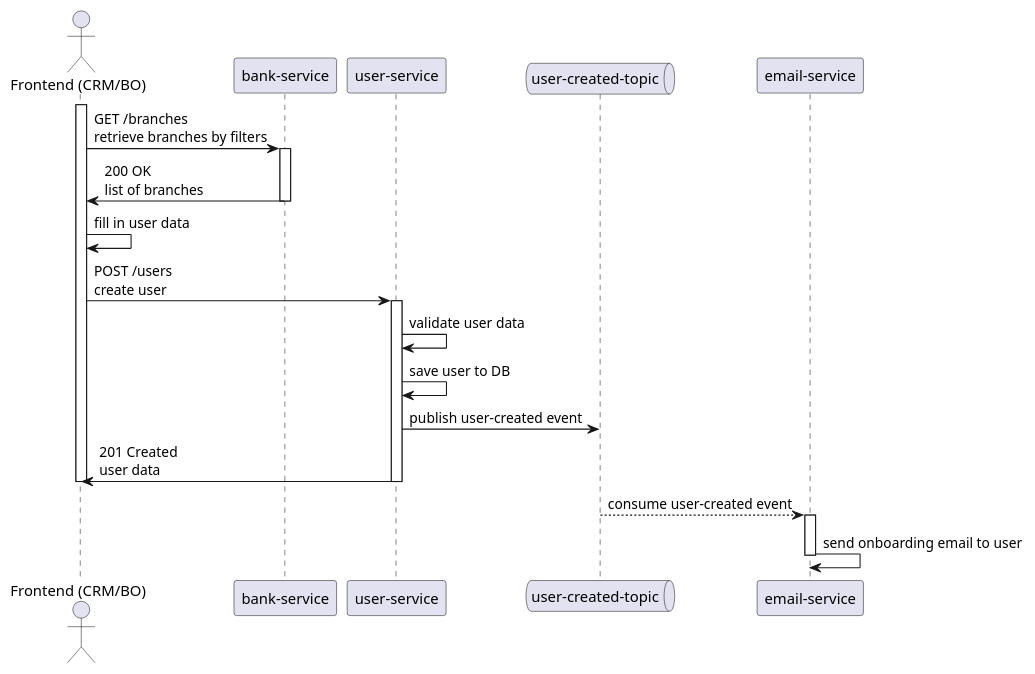
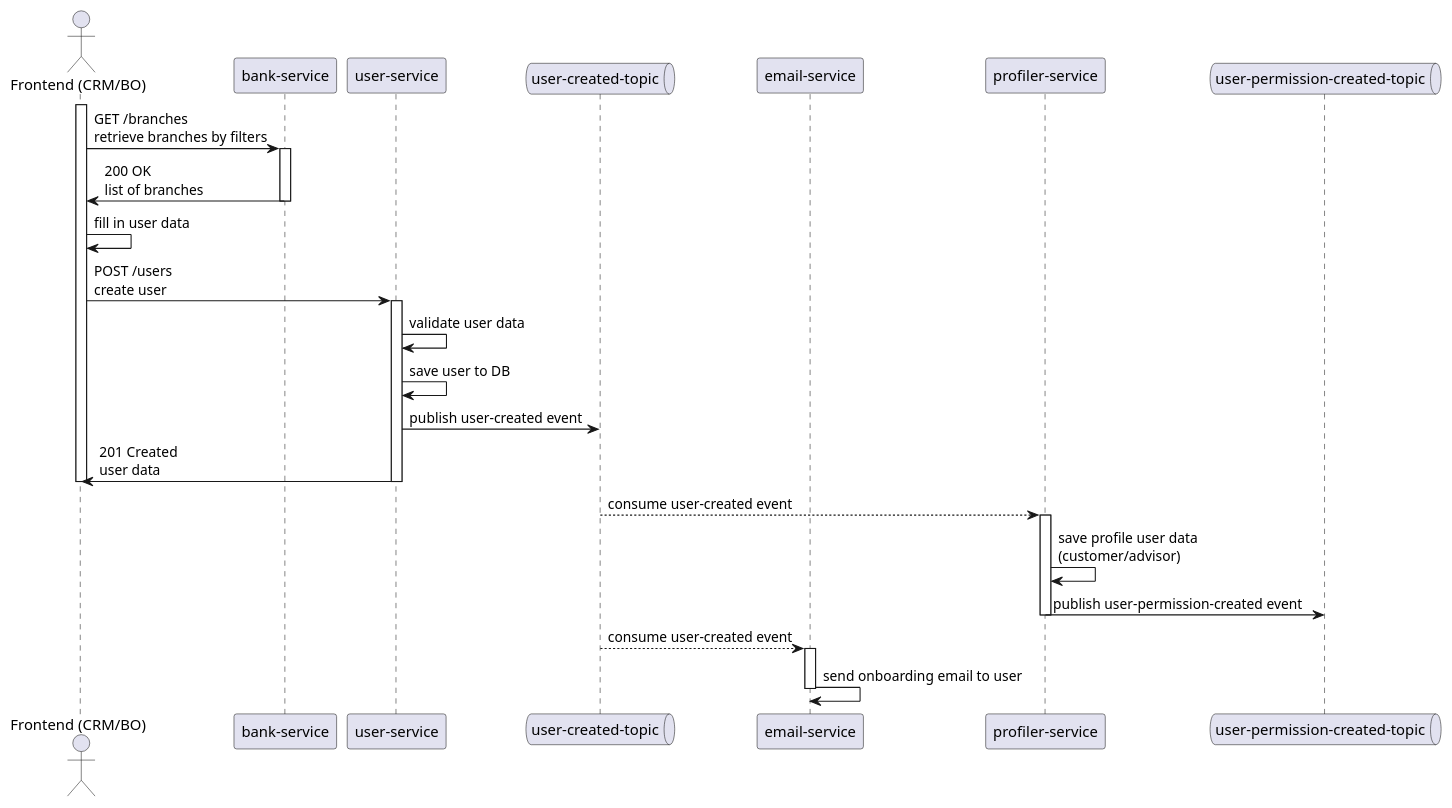
Before and after one commit to RaffSStein/Wealth-Management-Platform-BE: the diagram in docs/domain/assets/registration/user-registration/customer-registration/customer-registration-process-diagram.md, drawn with PlantUML. The commit also changed 1 other file, not shown here.

Commit message:
Enhance customer registration process diagram: add profiler service and user permission event flow

```diff
--- a/docs/domain/assets/registration/user-registration/customer-registration/customer-registration-process-diagram.md
+++ b/docs/domain/assets/registration/user-registration/customer-registration/customer-registration-process-diagram.md
@@ -1,27 +1,34 @@
 @startuml
 actor FE as "Frontend (CRM/BO)"
 participant "bank-service" as Bank
 participant "user-service" as User
 queue "user-created-topic" as userCreatedTopic
 participant "email-service" as Reporting
+participant "profiler-service" as Profiler
+queue "user-permission-created-topic" as userPermissionCreatedTopic
 
 activate FE
 FE -> Bank: GET /branches\nretrieve branches by filters
 activate Bank
 Bank -> FE: 200 OK\nlist of branches
 deactivate Bank
 FE -> FE: fill in user data
 FE -> User: POST /users\ncreate user
 activate User
 User -> User: validate user data
 User -> User: save user to DB
 User -> userCreatedTopic: publish user-created event
 User -> FE: 201 Created\nuser data
 deactivate FE
 deactivate User
+userCreatedTopic --> Profiler: consume user-created event
+activate Profiler
+Profiler -> Profiler: save profile user data\n(customer/advisor)
+Profiler -> userPermissionCreatedTopic: publish user-permission-created event
+deactivate Profiler
 userCreatedTopic --> Reporting: consume user-created event
 activate Reporting
 Reporting -> Reporting: send onboarding email to user
 deactivate Reporting
 
 @enduml
```
